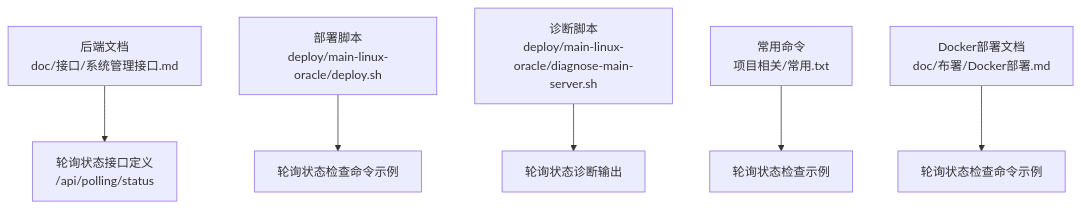
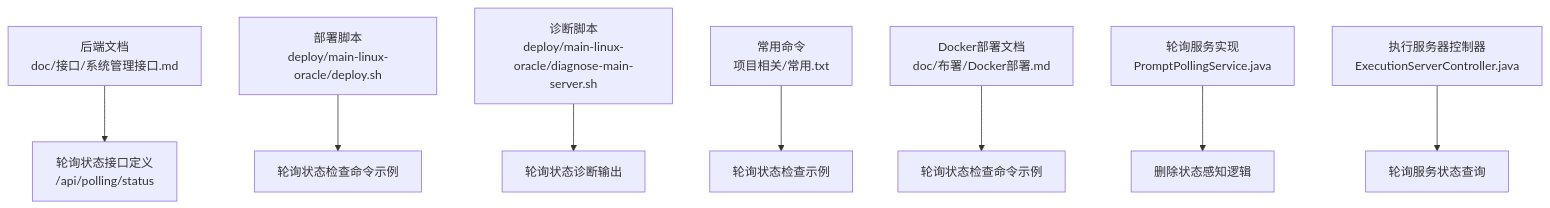
Before and after one commit to liuzh2008/med_ai_assistant_workspace: the first of 6 diagrams in .qoder/repowiki/zh/content/API参考/轮询状态API.md, drawn with Mermaid. The commit also changed other lines of this file and 3 other files, not shown here.

````diff
--- a/.qoder/repowiki/zh/content/API参考/轮询状态API.md
+++ b/.qoder/repowiki/zh/content/API参考/轮询状态API.md
@@ -42,8 +57,10 @@
 ```mermaid
 graph TB
 A["后端文档<br/>doc/接口/系统管理接口.md"] --> B["轮询状态接口定义<br/>/api/polling/status"]
 C["部署脚本<br/>deploy/main-linux-oracle/deploy.sh"] --> D["轮询状态检查命令示例"]
 E["诊断脚本<br/>deploy/main-linux-oracle/diagnose-main-server.sh"] --> F["轮询状态诊断输出"]
 G["常用命令<br/>项目相关/常用.txt"] --> H["轮询状态检查示例"]
 I["Docker部署文档<br/>doc/布署/Docker部署.md"] --> J["轮询状态检查命令示例"]
+K["轮询服务实现<br/>PromptPollingService.java"] --> L["删除状态感知逻辑"]
+M["执行服务器控制器<br/>ExecutionServerController.java"] --> N["轮询服务状态查询"]
 ```
````
